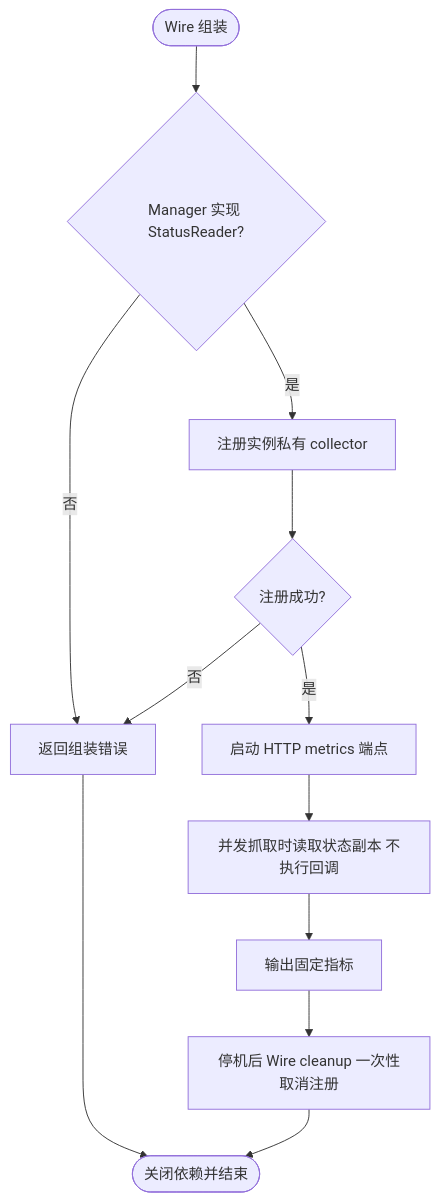
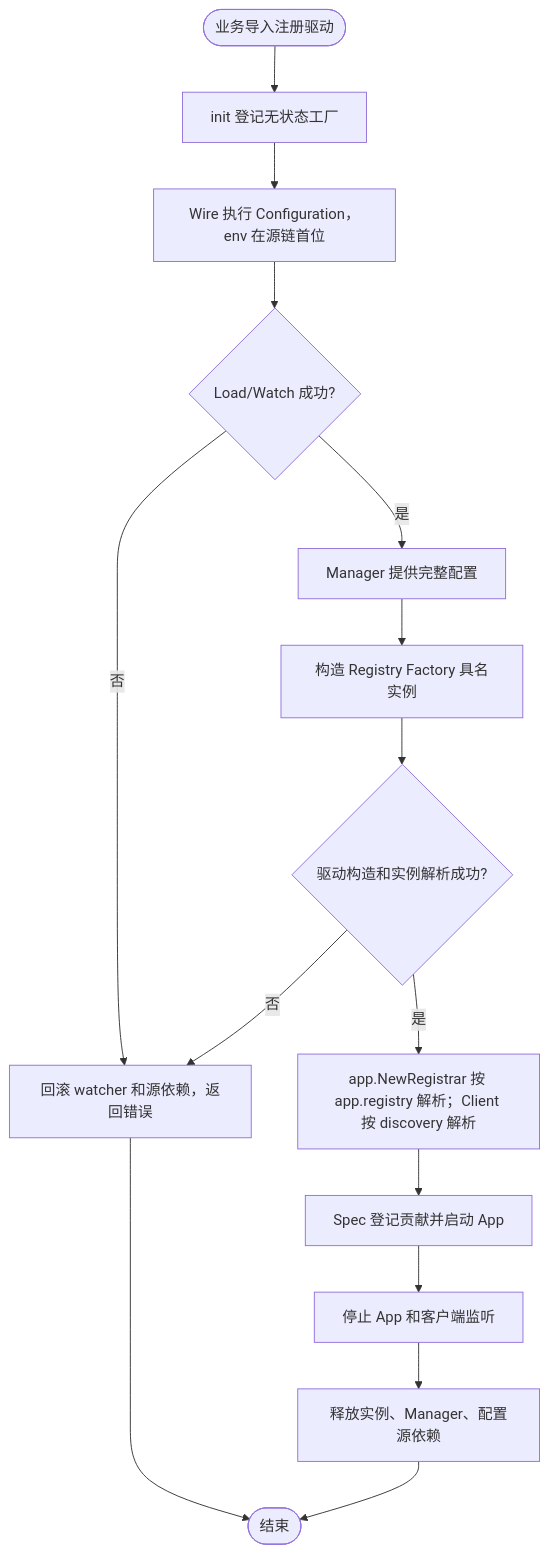
One commit to jaggerzhuang1994/kratos-foundation changed the fifth of 6 diagrams in pkg/bootstrap/README.md. Above: the diagram before and after it, drawn with Mermaid. The commit also changed other lines of this file and 290 other files, not shown here.

````diff
--- a/pkg/bootstrap/README.md
+++ b/pkg/bootstrap/README.md
@@ -250,14 +248,17 @@
 ```mermaid
 flowchart TD
-    A([Wire 组装]) --> B{Manager 实现 StatusReader?}
-    B -- 否 --> C[返回组装错误]
-    B -- 是 --> D[注册实例私有 collector]
-    D --> E{注册成功?}
-    E -- 否 --> C
-    E -- 是 --> F[启动 HTTP metrics 端点]
-    F --> G[并发抓取时读取状态副本 不执行回调]
-    G --> H[输出固定指标]
-    H --> I[停机后 Wire cleanup 一次性取消注册]
-    I --> J([关闭依赖并结束])
-    C --> J
+ A([业务导入注册驱动]) --> B[init 登记无状态工厂]
+ B --> C[Wire 执行 Configuration，env 在源链首位]
+ C --> D{Load/Watch 成功?}
+ D -- 否 --> X[回滚 watcher 和源依赖，返回错误]
+ D -- 是 --> E[Manager 提供完整配置]
+ E --> F[构造 Registry Factory 具名实例]
+ F --> G{驱动构造和实例解析成功?}
+ G -- 否 --> X
+ G -- 是 --> H[app.NewRegistrar 按 app.registry 解析；Client 按 discovery 解析]
+ H --> I[Spec 登记贡献并启动 App]
+ I --> J[停止 App 和客户端监听]
+ J --> K[释放实例、Manager、配置源依赖]
+ K --> L([结束])
+ X --> L
 ```
````
